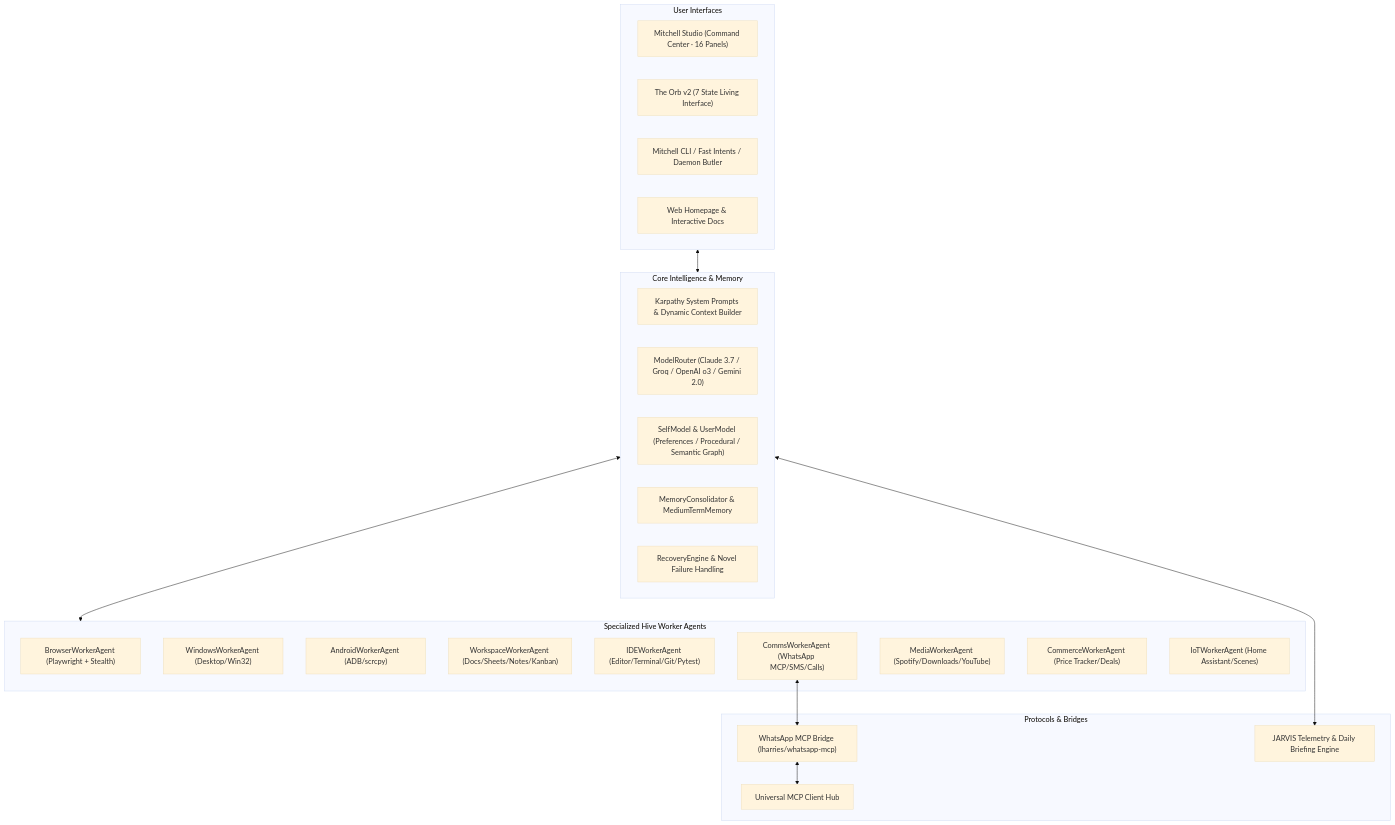
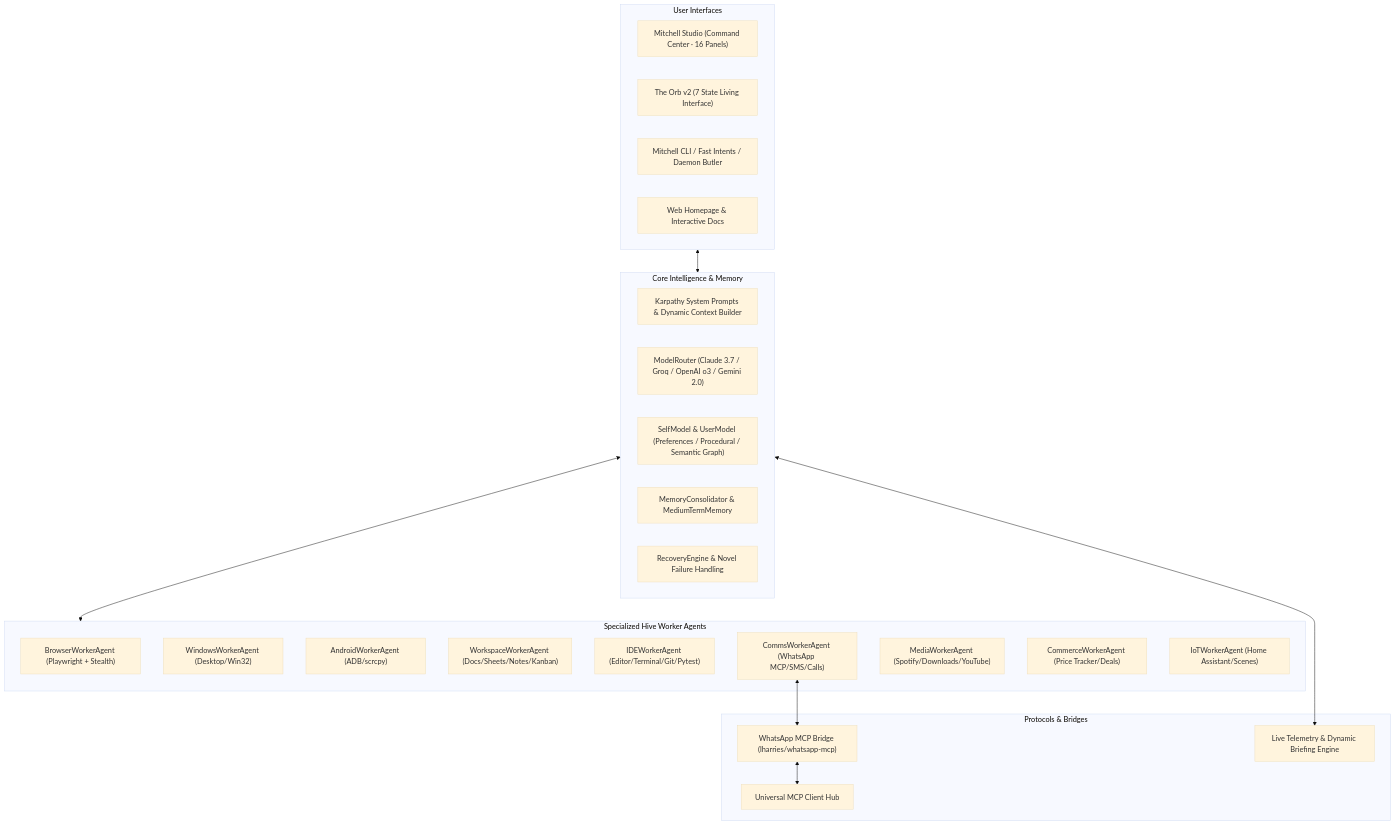
One commit to Sharry2429/mitchell changed the diagram in README.md. Above: the diagram before and after it, drawn with Mermaid (base theme). The commit also changed other lines of this file and 1 other file, not shown here.

Commit message:
refactor: remove external JARVIS references in favor of native Mitchell telemetry and briefing engine

````diff
--- a/README.md
+++ b/README.md
@@ -17,41 +17,41 @@
 ```mermaid
 flowchart TB
     subgraph UI ["User Interfaces"]
         Studio["Mitchell Studio (Command Center · 16 Panels)"]
         Orb["The Orb v2 (7 State Living Interface)"]
         CLI["Mitchell CLI / Fast Intents / Daemon Butler"]
         WebDocs["Web Homepage & Interactive Docs"]
     end
 
     subgraph Intelligence ["Core Intelligence & Memory"]
         Prompts["Karpathy System Prompts & Dynamic Context Builder"]
         Router["ModelRouter (Claude 3.7 / Groq / OpenAI o3 / Gemini 2.0)"]
         SelfModel["SelfModel & UserModel (Preferences / Procedural / Semantic Graph)"]
         Consolidator["MemoryConsolidator & MediumTermMemory"]
         Recovery["RecoveryEngine & Novel Failure Handling"]
     end
 
     subgraph Hive ["Specialized Hive Worker Agents"]
         BrowserWorker["BrowserWorkerAgent (Playwright + Stealth)"]
         WindowsWorker["WindowsWorkerAgent (Desktop/Win32)"]
         AndroidWorker["AndroidWorkerAgent (ADB/scrcpy)"]
         WorkspaceWorker["WorkspaceWorkerAgent (Docs/Sheets/Notes/Kanban)"]
         IDEWorker["IDEWorkerAgent (Editor/Terminal/Git/Pytest)"]
         CommsWorker["CommsWorkerAgent (WhatsApp MCP/SMS/Calls)"]
         MediaWorker["MediaWorkerAgent (Spotify/Downloads/YouTube)"]
         CommerceWorker["CommerceWorkerAgent (Price Tracker/Deals)"]
         IoTWorker["IoTWorkerAgent (Home Assistant/Scenes)"]
     end
 
     subgraph Integrations ["Protocols & Bridges"]
         WhatsAppMCP["WhatsApp MCP Bridge (lharries/whatsapp-mcp)"]
-        JARVIS["JARVIS Telemetry & Daily Briefing Engine"]
+        TelemetryEngine["Live Telemetry & Dynamic Briefing Engine"]
         MCPHub["Universal MCP Client Hub"]
     end
 
     UI <--> Intelligence
     Intelligence <--> Hive
     CommsWorker <--> WhatsAppMCP
-    Intelligence <--> JARVIS
+    Intelligence <--> TelemetryEngine
     WhatsAppMCP <--> MCPHub
 ```
````
